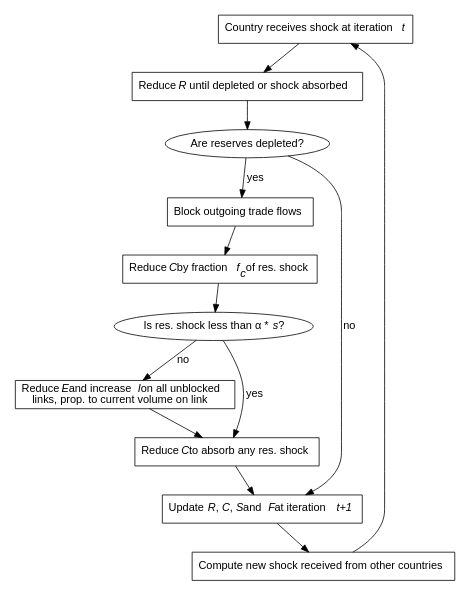
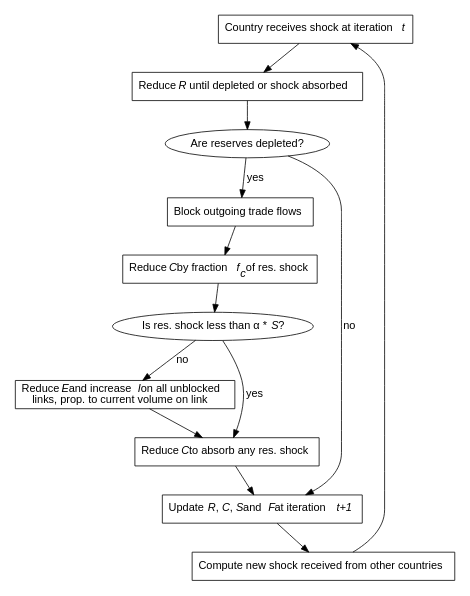
Before and after one commit to pmarchand1/cereals-network-shocks: the diagram in model-flow-chart.gv, drawn with Graphviz. The commit also changed 2 other files, not shown here.

```diff
--- a/model-flow-chart.gv
+++ b/model-flow-chart.gv
@@ -1,22 +1,22 @@
 digraph sim_model {
     graph [size = 5]
     
     node [shape = box, fontname = "Helvetica-Narrow"]
     A [label = <Country receives shock at iteration <I>t</I>>]
     B [label = <Reduce <I>R</I>  until depleted or shock absorbed>]
     C [shape = ellipse, label = <Are reserves depleted?>]
     D [label = <Block outgoing trade flows>]
     E [label = <Reduce <I>C</I> by fraction <I>f<SUB>c</SUB></I> of res. shock>]
-    F [shape = ellipse, label = <Is res. shock less than &alpha; * <I>s</I>?>]
+    F [shape = ellipse, label = <Is res. shock less than &alpha; * <I>S</I>?>]
     G [label = <Reduce <I>E</I> and increase <I>I</I> on all unblocked <BR/> links, prop. to current volume on link>]
     H [label = <Reduce <I>C</I> to absorb any res. shock>]
     I [label = <Update <I>R</I>, <I>C</I>, <I>S</I> and <I>F</I> at iteration <I>t+1</I>>]
     J [label = <Compute new shock received from other countries>]
 
     edge [fontname = "Helvetica-Narrow"]
     A -> B B -> C
     C -> D [label = " yes"]; C -> I [label = " no"]
     D -> E; E -> F
     F -> H [label = " yes"]; F -> G [label = " no"]
     G -> H; H -> I; I -> J; J -> A
 }
```
